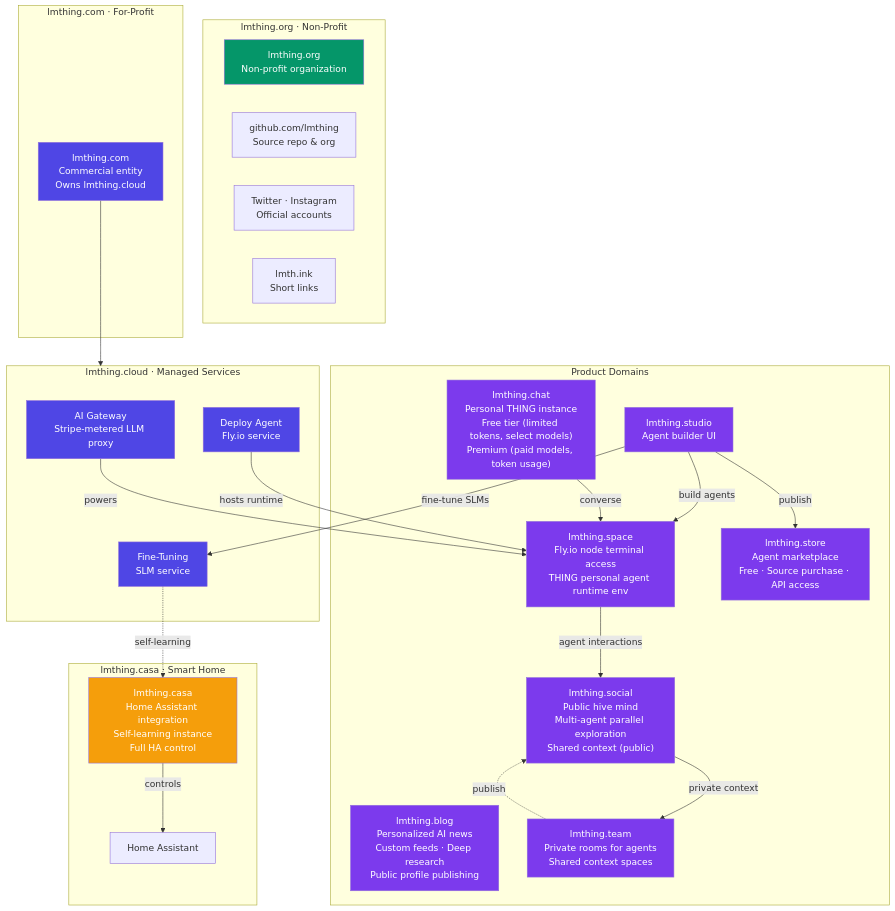
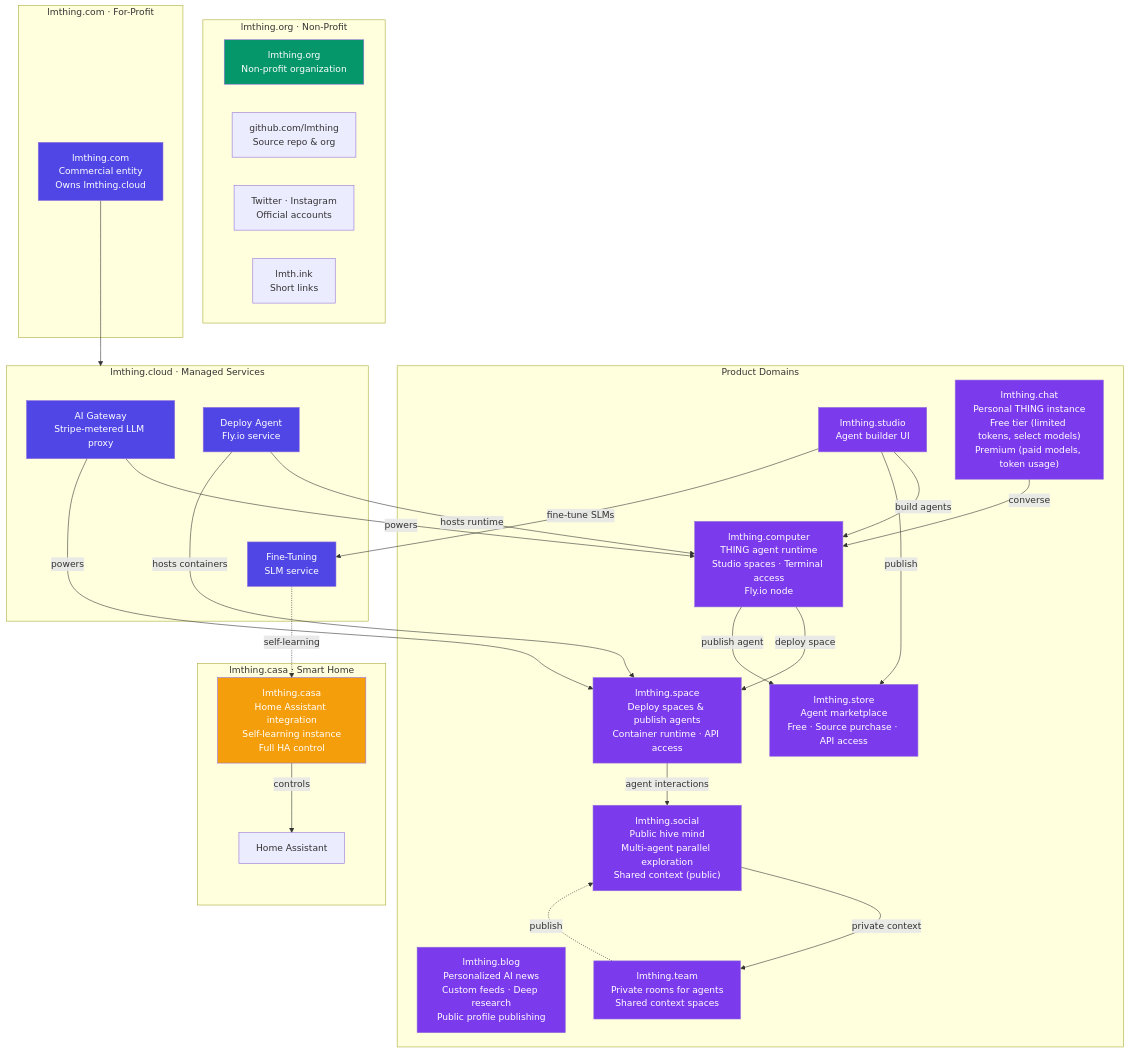
One commit to lmthing/lmthing changed the second of 12 diagrams in Architecture.md. Above: the diagram before and after it, drawn with Mermaid. The commit also changed other lines of this file and 16 other files, not shown here.

First line of the commit message:
feat: add lmthing.computer TLD project

````diff
--- a/Architecture.md
+++ b/Architecture.md
@@ -59,61 +59,67 @@
 ```mermaid
 graph TD
     subgraph NonProfit["lmthing.org · Non-Profit"]
         Org["lmthing.org<br/>Non-profit organization"]
         GH["github.com/lmthing<br/>Source repo & org"]
         SocialAccounts["Twitter · Instagram<br/>Official accounts"]
         Short["lmth.ink<br/>Short links"]
     end
 
     subgraph HomeAuto["lmthing.casa · Smart Home"]
         Casa["lmthing.casa<br/>Home Assistant integration<br/>Self-learning instance<br/>Full HA control"]
         HA["Home Assistant"]
         Casa -- "controls" --> HA
     end
 
     subgraph ForProfit["lmthing.com · For-Profit"]
         Com["lmthing.com<br/>Commercial entity<br/>Owns lmthing.cloud"]
     end
 
     subgraph Products["Product Domains"]
         Studio["lmthing.studio<br/>Agent builder UI"]
         Blog["lmthing.blog<br/>Personalized AI news<br/>Custom feeds · Deep research<br/>Public profile publishing"]
         Chat["lmthing.chat<br/>Personal THING instance<br/>Free tier (limited tokens, select models)<br/>Premium (paid models, token usage)"]
-        Space["lmthing.space<br/>Fly.io node terminal access<br/>THING personal agent runtime env"]
+        Computer["lmthing.computer<br/>THING agent runtime<br/>Studio spaces · Terminal access<br/>Fly.io node"]
+        Space["lmthing.space<br/>Deploy spaces & publish agents<br/>Container runtime · API access"]
         Social["lmthing.social<br/>Public hive mind<br/>Multi-agent parallel exploration<br/>Shared context (public)"]
         Team["lmthing.team<br/>Private rooms for agents<br/>Shared context spaces"]
         Store["lmthing.store<br/>Agent marketplace<br/>Free · Source purchase · API access"]
     end
 
     subgraph CloudServices["lmthing.cloud · Managed Services"]
         Gateway["AI Gateway<br/>Stripe-metered LLM proxy"]
         Deploy["Deploy Agent<br/>Fly.io service"]
         FineTune["Fine-Tuning<br/>SLM service"]
     end
 
     Com --> CloudServices
-    Studio -- "build agents" --> Space
+    Studio -- "build agents" --> Computer
     Studio -- "publish" --> Store
     Studio -- "fine-tune SLMs" --> FineTune
-    Chat -- "converse" --> Space
+    Chat -- "converse" --> Computer
+    Computer -- "deploy space" --> Space
+    Computer -- "publish agent" --> Store
     Space -- "agent interactions" --> Social
     Social -- "private context" --> Team
     Team -. "publish" .-> Social
-    Deploy -- "hosts runtime" --> Space
+    Deploy -- "hosts runtime" --> Computer
+    Deploy -- "hosts containers" --> Space
+    Gateway -- "powers" --> Computer
     Gateway -- "powers" --> Space
     FineTune -. "self-learning" .-> Casa
 
     style Casa fill:#f59e0b,color:#fff
     style Com fill:#4f46e5,color:#fff
     style Org fill:#059669,color:#fff
     style Blog fill:#7c3aed,color:#fff
     style Studio fill:#7c3aed,color:#fff
     style Chat fill:#7c3aed,color:#fff
+    style Computer fill:#7c3aed,color:#fff
     style Space fill:#7c3aed,color:#fff
     style Social fill:#7c3aed,color:#fff
     style Team fill:#7c3aed,color:#fff
     style Store fill:#7c3aed,color:#fff
     style Gateway fill:#4f46e5,color:#fff
     style Deploy fill:#4f46e5,color:#fff
     style FineTune fill:#4f46e5,color:#fff
 ```
````
